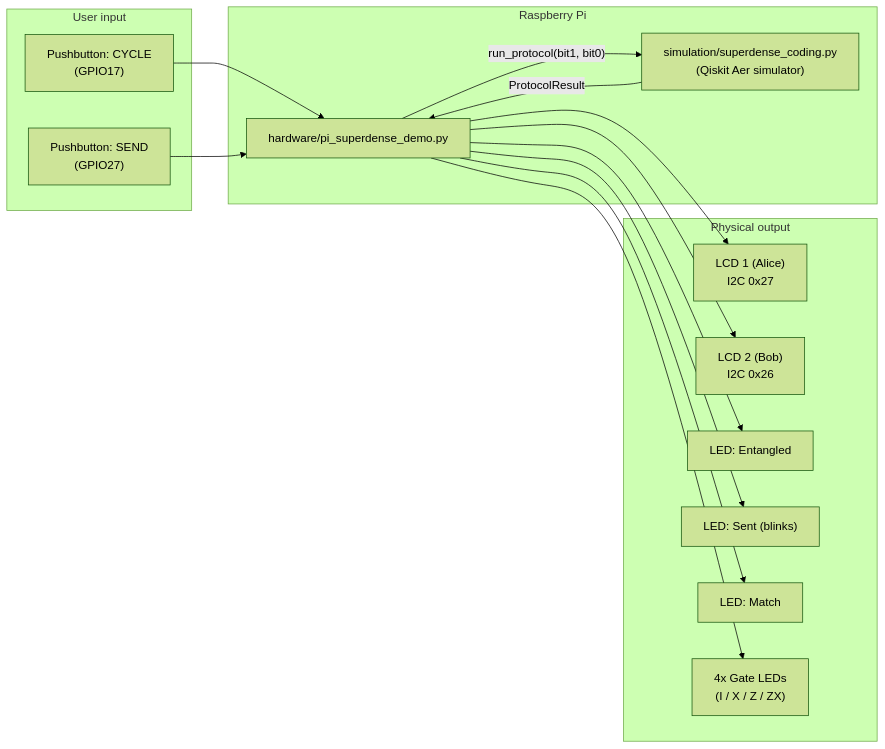
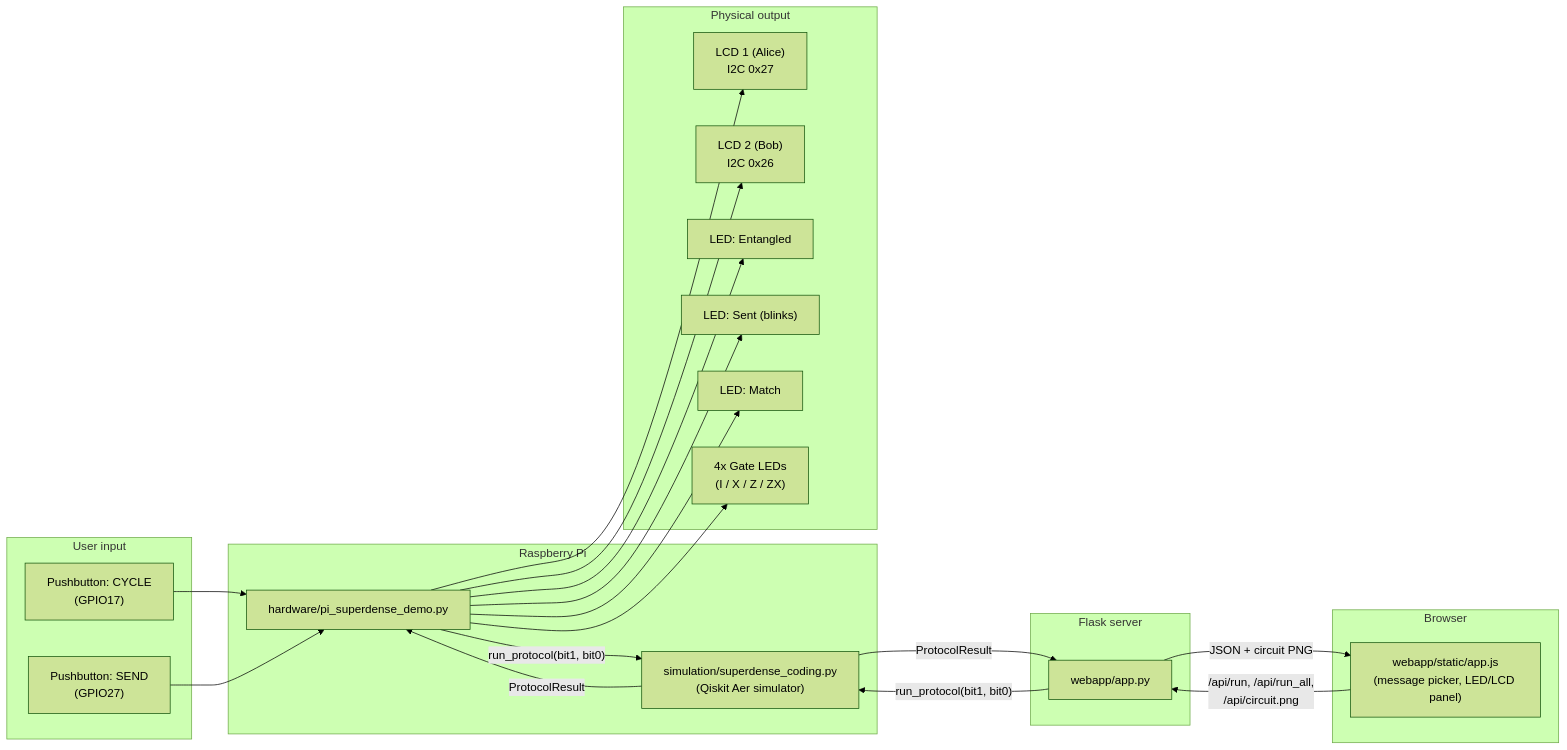
One commit to agneay/Superdense-coding changed the diagram in docs/design/system-architecture.md. Above: the diagram before and after it, drawn with Mermaid (forest theme). The commit also changed other lines of this file and 14 other files, not shown here.

````diff
--- a/docs/design/system-architecture.md
+++ b/docs/design/system-architecture.md
@@ -8,32 +8,45 @@
 ```mermaid
 flowchart LR
     subgraph Input["User input"]
         BTN1["Pushbutton: CYCLE\n(GPIO17)"]
         BTN2["Pushbutton: SEND\n(GPIO27)"]
     end
 
     subgraph Pi["Raspberry Pi"]
         MAIN["hardware/pi_superdense_demo.py"]
         SIM["simulation/superdense_coding.py\n(Qiskit Aer simulator)"]
         MAIN -->|"run_protocol(bit1, bit0)"| SIM
         SIM -->|"ProtocolResult"| MAIN
     end
 
     subgraph Output["Physical output"]
         LCD1["LCD 1 (Alice)\nI2C 0x27"]
         LCD2["LCD 2 (Bob)\nI2C 0x26"]
         LEDA["LED: Entangled"]
         LEDB["LED: Sent (blinks)"]
         LEDC["LED: Match"]
         LEDG["4x Gate LEDs\n(I / X / Z / ZX)"]
     end
 
+    subgraph Browser["Browser"]
+        UI["webapp/static/app.js\n(message picker, LED/LCD panel)"]
+    end
+
+    subgraph Server["Flask server"]
+        APP["webapp/app.py"]
+        APP -->|"run_protocol(bit1, bit0)"| SIM
+        SIM -->|"ProtocolResult"| APP
+    end
+
+    UI -->|"/api/run, /api/run_all,\n/api/circuit.png"| APP
+    APP -->|"JSON + circuit PNG"| UI
+
     BTN1 --> MAIN
     BTN2 --> MAIN
     MAIN --> LCD1
     MAIN --> LCD2
     MAIN --> LEDA
     MAIN --> LEDB
     MAIN --> LEDC
     MAIN --> LEDG
 ```
````
